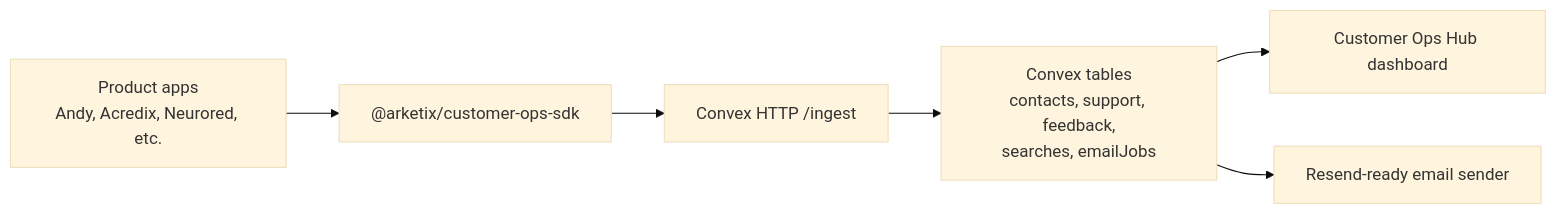
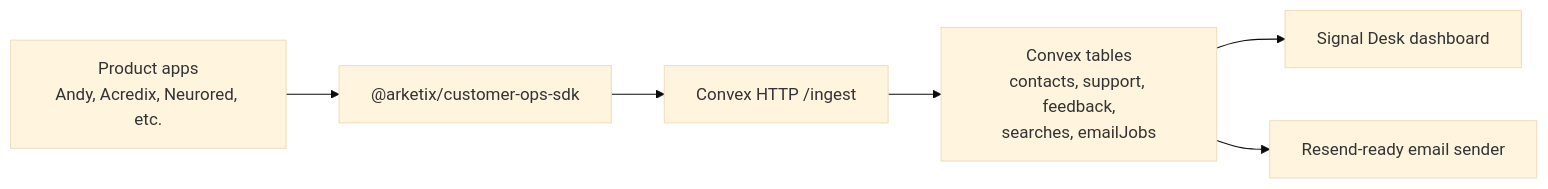
Before and after one commit to JorgeMenaDev/andes-relay: the diagram in README.md, drawn with Mermaid (base theme). The commit also changed other lines of this file and 15 other files, not shown here.

Commit message:
Build Signal Desk integrations

````diff
--- a/README.md
+++ b/README.md
@@ -28,8 +28,8 @@
 ```mermaid
 flowchart LR
   product["Product apps\nAndy, Acredix, Neurored, etc."] --> sdk["@arketix/customer-ops-sdk"]
   sdk --> ingest["Convex HTTP /ingest"]
   ingest --> db["Convex tables\ncontacts, support, feedback,\nsearches, emailJobs"]
-  db --> dashboard["Customer Ops Hub dashboard"]
+  db --> dashboard["Signal Desk dashboard"]
   db --> email["Resend-ready email sender"]
 ```
````
